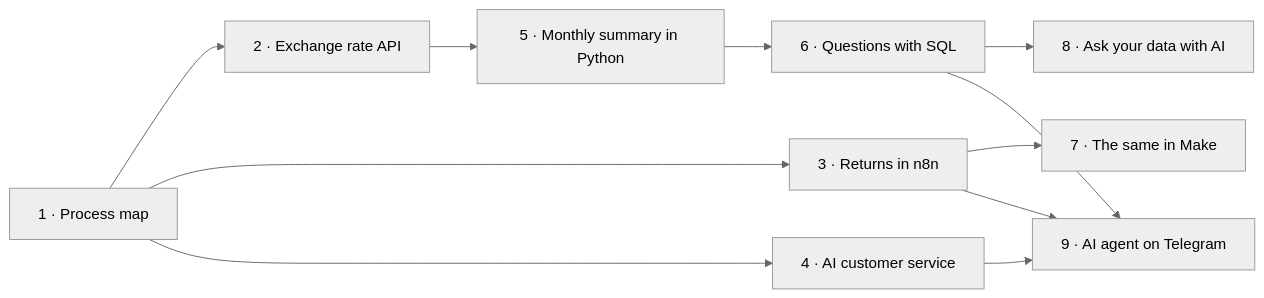
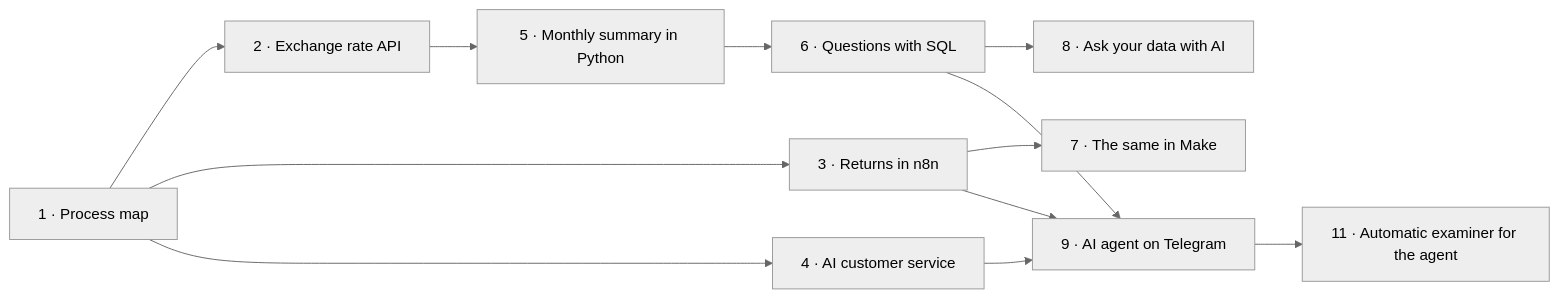
One commit to Kairuferrin/smb-automation-portfolio changed the diagram in README.md. Above: the diagram before and after it, drawn with Mermaid (neutral theme). The commit also changed other lines of this file and 13 other files, not shown here.

````diff
--- a/README.md
+++ b/README.md
@@ -16,13 +16,14 @@
 ```mermaid
 flowchart LR
     P1[1 · Process map] --> P2[2 · Exchange rate API]
     P2 --> P5[5 · Monthly summary in Python]
     P5 --> P6[6 · Questions with SQL]
     P1 --> P3[3 · Returns in n8n]
     P3 --> P7[7 · The same in Make]
     P1 --> P4[4 · AI customer service]
     P6 --> P8[8 · Ask your data with AI]
     P4 --> P9[9 · AI agent on Telegram]
     P3 --> P9
     P6 --> P9
+    P9 --> P11[11 · Automatic examiner for the agent]
 ```
````
